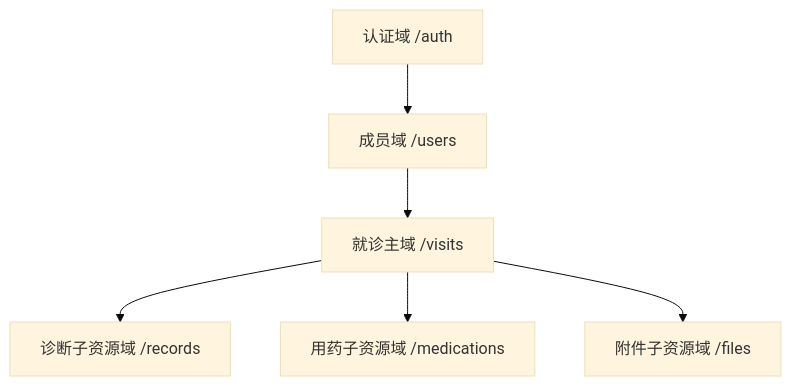
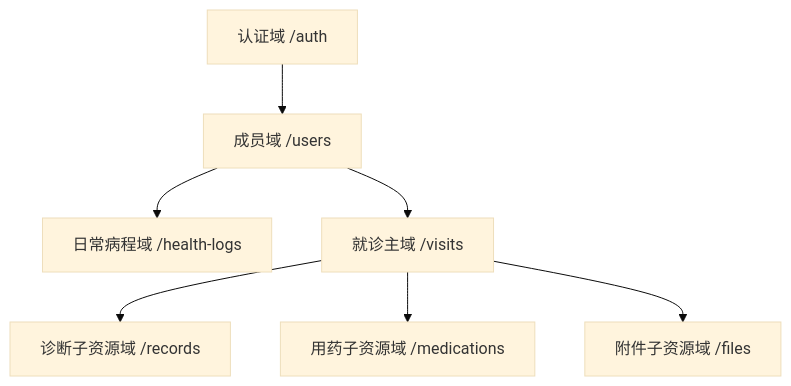
The eighth of 8 diagrams in docs/ARCHITECTURE.md (ayxixi/medical-system), drawn with Mermaid (base theme) before and after one commit. The commit also changed other lines of this file and 27 other files, not shown here.

````diff
--- a/docs/ARCHITECTURE.md
+++ b/docs/ARCHITECTURE.md
@@ -476,15 +492,17 @@
 ```mermaid
 flowchart TD
   Auth[认证域 /auth]
   Users[成员域 /users]
+  HealthLogs[日常病程域 /health-logs]
   Visits[就诊主域 /visits]
   Records[诊断子资源域 /records]
   Medications[用药子资源域 /medications]
   Files[附件子资源域 /files]
 
   Auth --> Users
   Users --> Visits
+  Users --> HealthLogs
   Visits --> Records
   Visits --> Medications
   Visits --> Files
 ```
````
